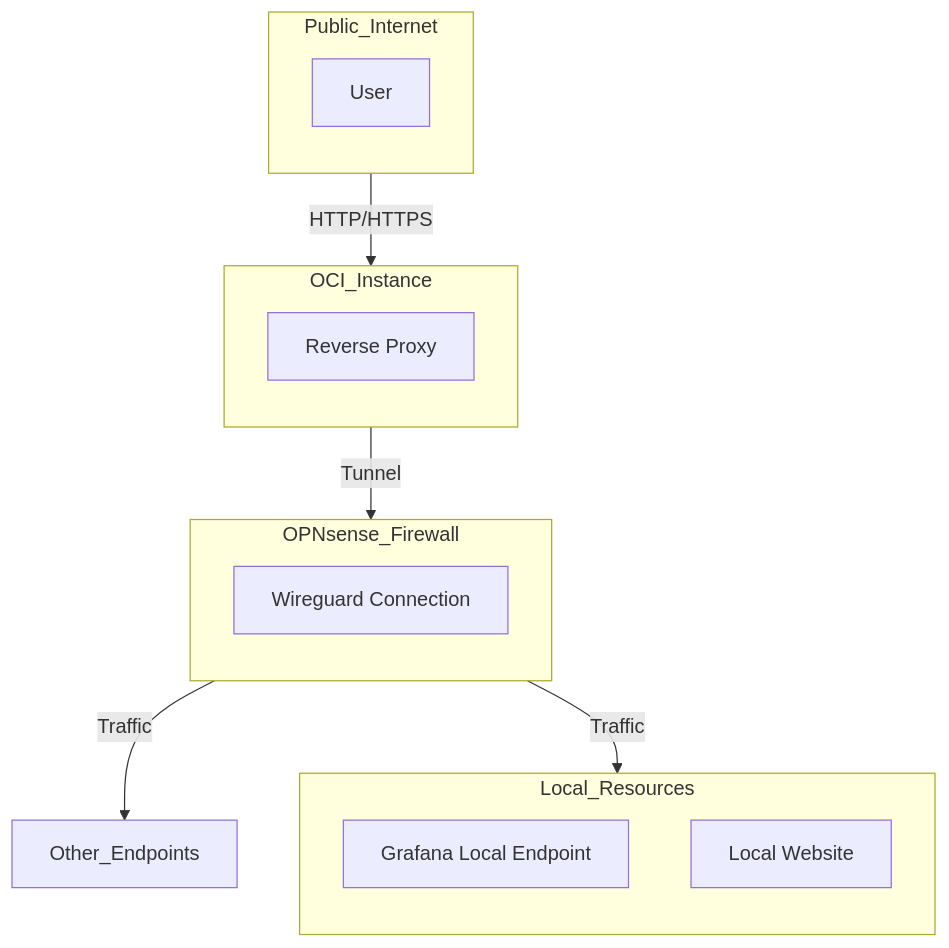
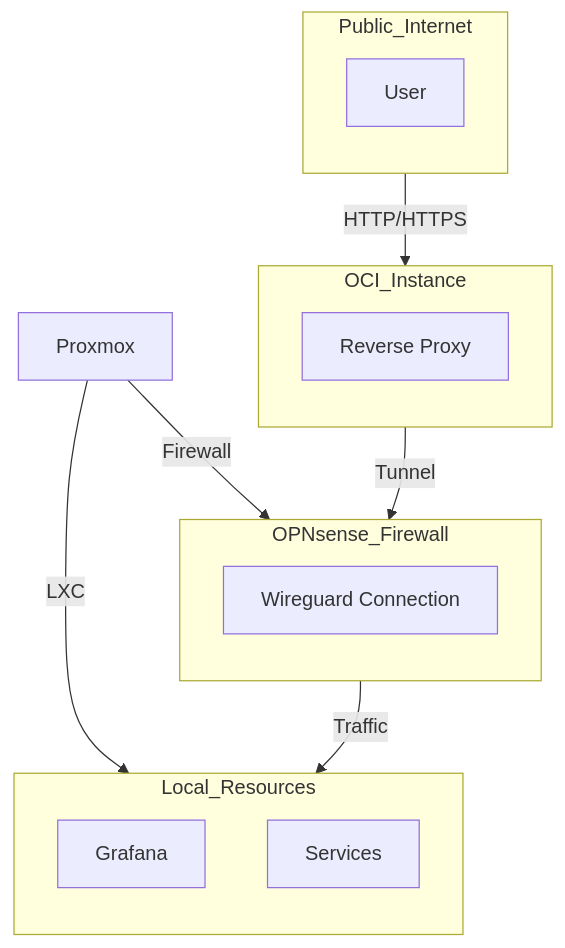
One commit to MarlonJMejia/MarlonJMejia.github.io changed the diagram in Reverse_Proxy_mermaid.md. Above: the diagram before and after it, drawn with Mermaid.

````diff
--- a/Reverse_Proxy_mermaid.md
+++ b/Reverse_Proxy_mermaid.md
@@ -1,28 +1,29 @@
 ```mermaid
 graph TD
     subgraph Public_Internet
         direction TB
         User[User]
     end
 
     subgraph OCI_Instance
         direction TB
         Reverse_Proxy[Reverse Proxy]
     end
 
     subgraph OPNsense_Firewall
         direction TB
         Wireguard_Connection[Wireguard Connection]
     end
 
     subgraph Local_Resources
         direction TB
-        Grafana[Grafana Local Endpoint]
-        Local_Website[Local Website]
+        Grafana[Grafana]
+        Local_Website[Services]
     end
 
     User -->|HTTP/HTTPS| Reverse_Proxy
     Reverse_Proxy -->|Tunnel| Wireguard_Connection
     Wireguard_Connection -->|Traffic| Grafana
-    Wireguard_Connection -->|Traffic| Other_Endpoints
+    Proxmox -->|LXC| Local_Resources
+    Proxmox -->|Firewall| OPNsense_Firewall
 ```
````
